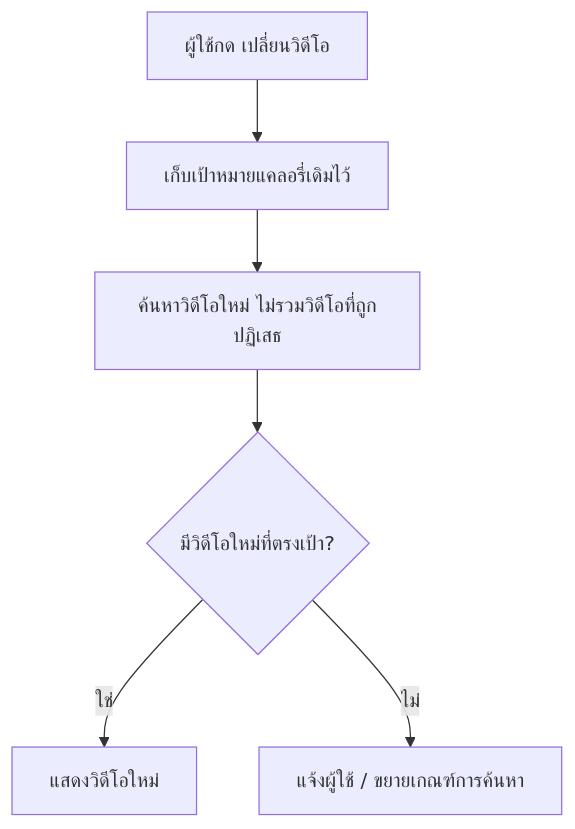
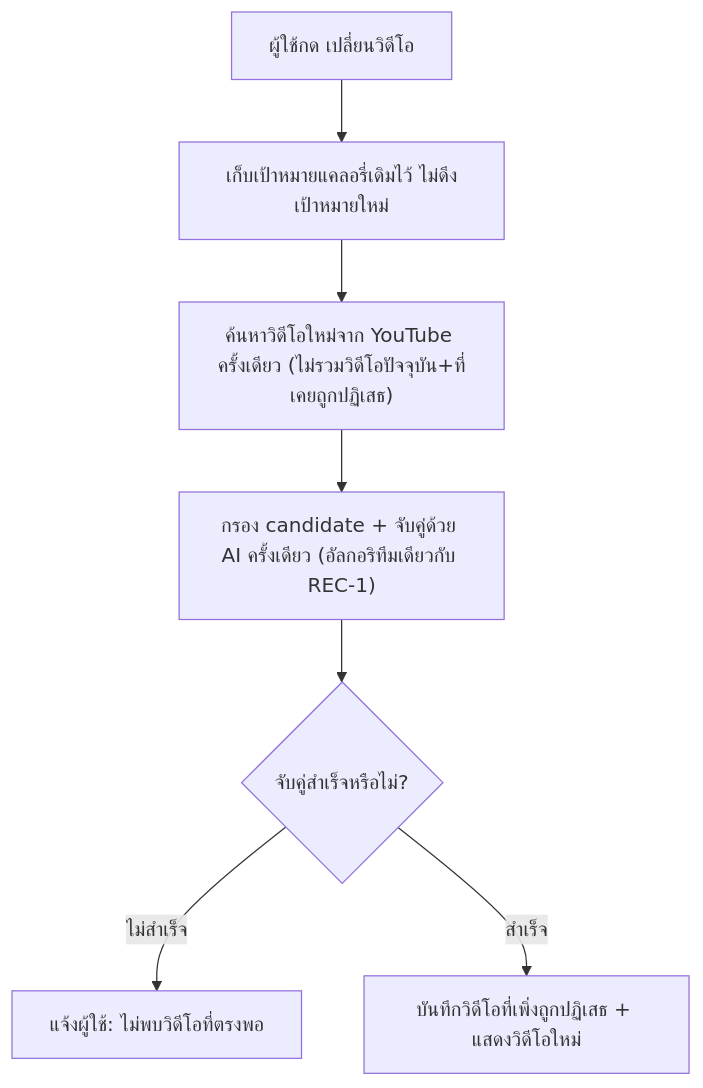
The seventh of 16 diagrams in docs/02-design/01-prototypes/user-journeys.md (Kikofah/smartFit_daily), drawn with Mermaid before and after one commit. The commit also changed other lines of this file and 10 other files, not shown here.

````diff
--- a/docs/02-design/01-prototypes/user-journeys.md
+++ b/docs/02-design/01-prototypes/user-journeys.md
@@ -292,8 +307,9 @@
 ```mermaid
 flowchart TD
-    A[ผู้ใช้กด เปลี่ยนวิดีโอ] --> B[เก็บเป้าหมายแคลอรี่เดิมไว้]
-    B --> C[ค้นหาวิดีโอใหม่ ไม่รวมวิดีโอที่ถูกปฏิเสธ]
-    C --> D{มีวิดีโอใหม่ที่ตรงเป้า?}
-    D -- ใช่ --> E[แสดงวิดีโอใหม่]
-    D -- ไม่ --> F[แจ้งผู้ใช้ / ขยายเกณฑ์การค้นหา]
+    A[ผู้ใช้กด เปลี่ยนวิดีโอ] --> B[เก็บเป้าหมายแคลอรี่เดิมไว้ ไม่ดึงเป้าหมายใหม่]
+    B --> C["ค้นหาวิดีโอใหม่จาก YouTube ครั้งเดียว (ไม่รวมวิดีโอปัจจุบัน+ที่เคยถูกปฏิเสธ)"]
+    C --> D["กรอง candidate + จับคู่ด้วย AI ครั้งเดียว (อัลกอริทึมเดียวกับ REC-1)"]
+    D --> E{จับคู่สำเร็จหรือไม่?}
+    E -- ไม่สำเร็จ --> F[แจ้งผู้ใช้: ไม่พบวิดีโอที่ตรงพอ]
+    E -- สำเร็จ --> G[บันทึกวิดีโอที่เพิ่งถูกปฏิเสธ + แสดงวิดีโอใหม่]
 ```
````
